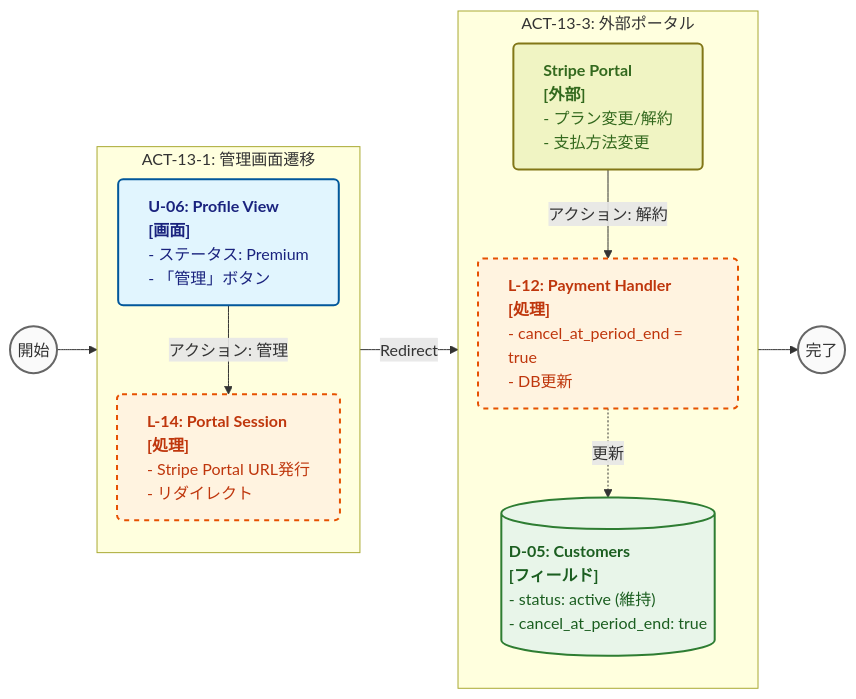
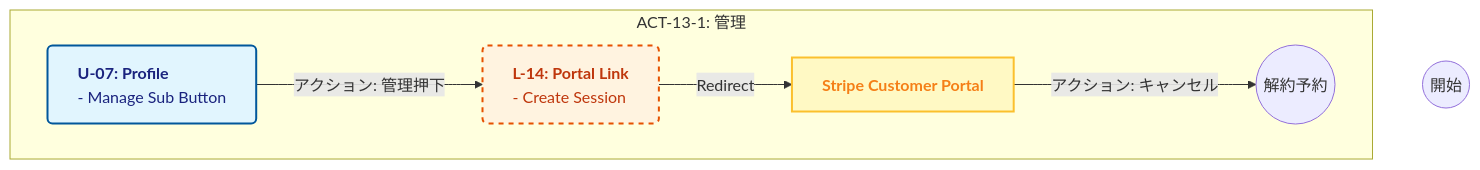
Before and after one commit to plplbody/googlemap-reviews-AIanalyzer: diagram 13 of 14 in docs/仕様書.md, drawn with Mermaid. The commit also changed other lines of this file and 25 other files, not shown here.

````diff
--- a/docs/仕様書.md
+++ b/docs/仕様書.md
@@ -719,36 +968,20 @@
 ```mermaid
-%%{init: {'flowchart': {'useMaxWidth': false, 'rankSpacing': 40, 'nodeSpacing': 20}}}%%
-flowchart LR
-    %% Definitions
-    classDef startend fill:#fafafa,stroke:#666,stroke-width:2px,rx:20,ry:20,color:#333
+flowchart TD
     classDef ui fill:#e1f5fe,stroke:#01579b,stroke-width:2px,rx:5,ry:5,color:#1a237e,text-align:left
-    classDef comp fill:#f0f4c3,stroke:#827717,stroke-width:2px,rx:5,ry:5,color:#33691e,text-align:left
     classDef logic fill:#fff3e0,stroke:#e65100,stroke-width:2px,stroke-dasharray: 5 5,rx:5,ry:5,color:#bf360c,text-align:left
-    classDef ai fill:#f3e5f5,stroke:#4a148c,stroke-width:2px,rx:5,ry:5,color:#4a148c,text-align:left
+    classDef ext fill:#fff9c4,stroke:#fbc02d,stroke-width:2px,rx:0,ry:0,color:#f57f17,text-align:left
     classDef db fill:#e8f5e9,stroke:#2e7d32,stroke-width:2px,rx:0,ry:0,color:#1b5e20,text-align:left
 
     S13_Start((開始)):::startend
-    S13_End((完了)):::startend
+    S13_End((解約予約)):::startend
 
-    subgraph ACT_13_1 ["ACT-13-1: 管理画面遷移"]
-        direction TB
-        U_06_S13["<b>U-06: Profile View</b><br/><b>[画面]</b><br/>- ステータス: Premium<br/>- 「管理」ボタン"]:::ui
-        L_14_S13["<b>L-14: Portal Session</b><br/><b>[処理]</b><br/>- Stripe Portal URL発行<br/>- リダイレクト"]:::logic
-
-        U_06_S13 -- "アクション: 管理" --> L_14_S13
+    subgraph ACT_13_1 ["ACT-13-1: 管理"]
+        U_Profile["<b>U-07: Profile</b><br/>- Manage Sub Button"]:::ui
+        L_Portal["<b>L-14: Portal Link</b><br/>- Create Session"]:::logic
+        Stripe["<b>Stripe Customer Portal</b>"]:::ext
+        
+        U_Profile -- "アクション: 管理押下" --> L_Portal
+        L_Portal -- "Redirect" --> Stripe
+        Stripe -- "アクション: キャンセル" --> S13_End
     end
-
-    subgraph ACT_13_3 ["ACT-13-3: 外部ポータル"]
-        direction TB
-        U_Portal["<b>Stripe Portal</b><br/><b>[外部]</b><br/>- プラン変更/解約<br/>- 支払方法変更"]:::comp
-        L_12_S13["<b>L-12: Payment Handler</b><br/><b>[処理]</b><br/>- cancel_at_period_end = true<br/>- DB更新"]:::logic
-        D_05_S13[("<b>D-05: Customers</b><br/><b>[フィールド]</b><br/>- status: active (維持)<br/>- cancel_at_period_end: true")]:::db
-
-        L_14_S13 -- "Redirect" --> U_Portal
-        U_Portal -- "アクション: 解約" --> L_12_S13
-        L_12_S13 -. "更新" .-> D_05_S13
-    end
-
-    S13_Start --> U_06_S13
-    D_05_S13 --> S13_End
 ```
````
